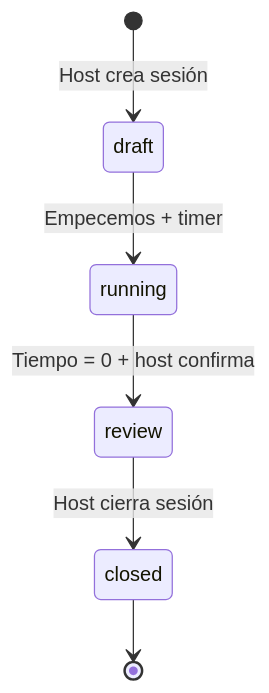
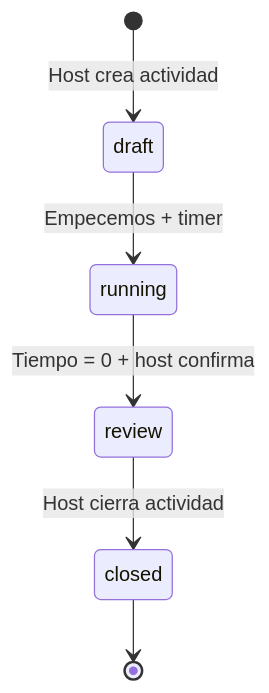
Before and after one commit to JosthinAyonC/chapterquest-serverless-app: the fourth of 6 diagrams in docs/Architecture.md, drawn with Mermaid. The commit also changed other lines of this file and 9 other files, not shown here.

Commit message:
docs: update README, architecture, and product specifications to clarify role play activities and guest profile functionality without login

````diff
--- a/docs/Architecture.md
+++ b/docs/Architecture.md
@@ -100,8 +106,8 @@
 ```mermaid
 stateDiagram-v2
-  [*] --> draft: Host crea sesión
+  [*] --> draft: Host crea actividad
   draft --> running: Empecemos + timer
   running --> review: Tiempo = 0 + host confirma
-  review --> closed: Host cierra sesión
+  review --> closed: Host cierra actividad
   closed --> [*]
 ```
````
